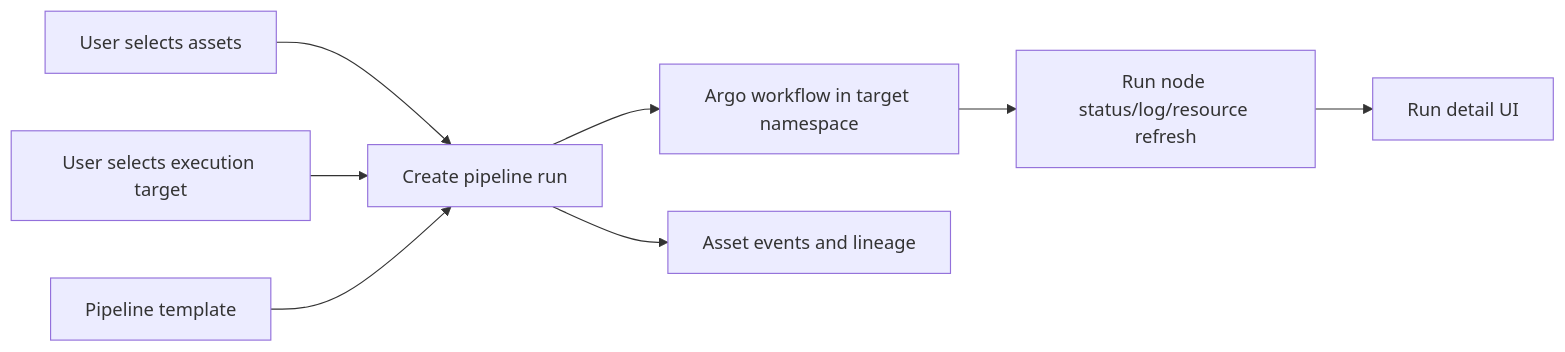
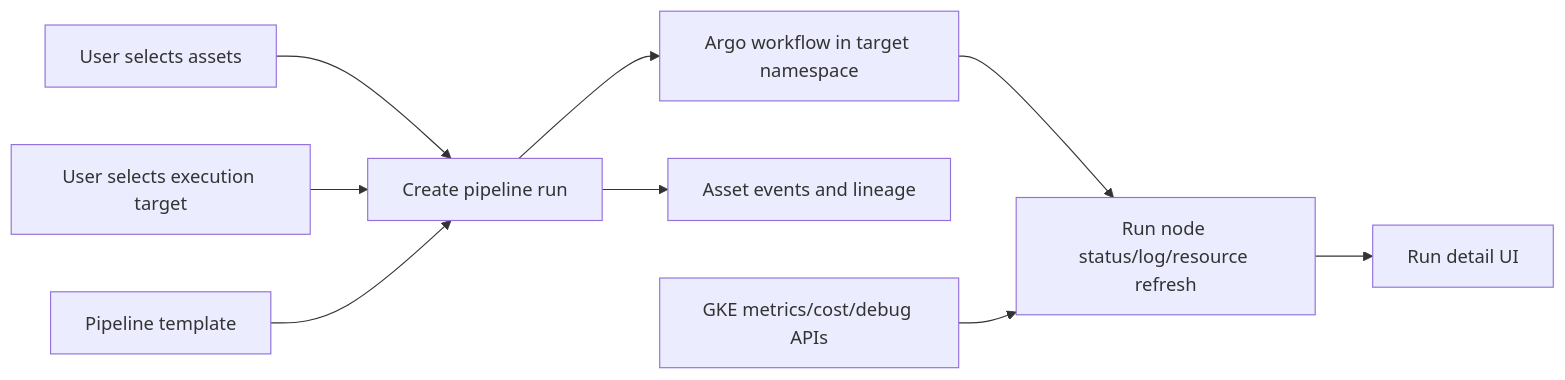
The diagram in openspec/changes/CYB-1532-asset-driven-pipeline-mvp/design.md (rouse2617/Databricks4robot), drawn with Mermaid before and after one commit. The commit also changed other lines of this file and 8 other files, not shown here.

````diff
--- a/openspec/changes/CYB-1532-asset-driven-pipeline-mvp/design.md
+++ b/openspec/changes/CYB-1532-asset-driven-pipeline-mvp/design.md
@@ -53,10 +60,11 @@
 ```mermaid
 flowchart LR
   A[User selects assets] --> R[Create pipeline run]
   T[User selects execution target] --> R
   P[Pipeline template] --> R
   R --> W[Argo workflow in target namespace]
   W --> N[Run node status/log/resource refresh]
   N --> UI[Run detail UI]
   R --> E[Asset events and lineage]
+  G[GKE metrics/cost/debug APIs] --> N
 ```
````
